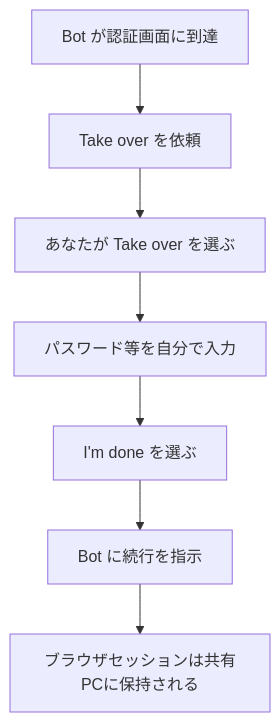
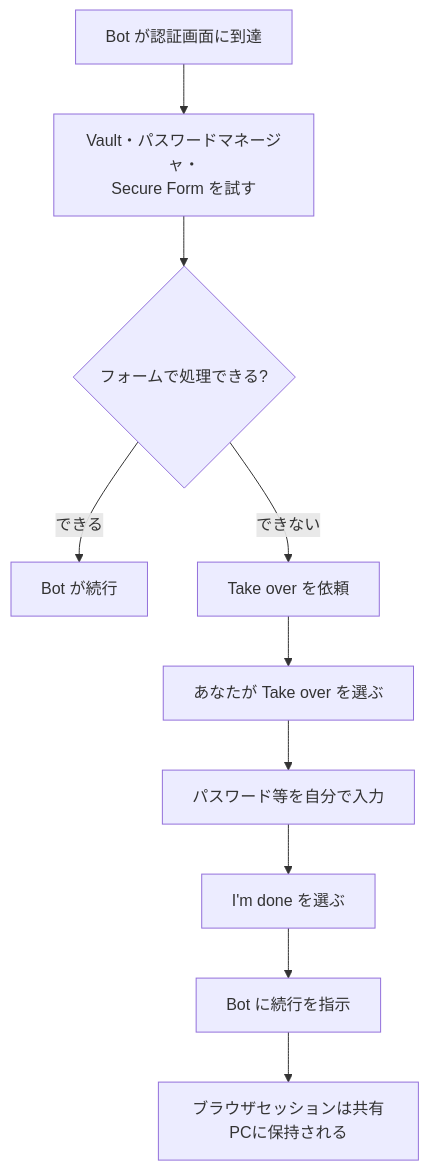
The fifth of 11 diagrams in Xai-grok-bot-guide.md (myoshi2891/Comparison-of-LLMs), drawn with Mermaid before and after one commit. The commit also changed other lines of this file, not shown here.

First line of the commit message:
docs(xai): separate plan paths, current New Bot entry, auth fallback, Enterprise-only enforcement, Bot ID wording

````diff
--- a/Xai-grok-bot-guide.md
+++ b/Xai-grok-bot-guide.md
@@ -318,9 +319,12 @@
 ```mermaid
 flowchart TD
-    A["Bot が認証画面に到達"] --> B["Take over を依頼"]
+    A["Bot が認証画面に到達"] --> V["Vault・パスワードマネージャ・<br/>Secure Form を試す"]
+    V --> Q{"フォームで処理できる?"}
+    Q -- "できる" --> OK["Bot が続行"]
+    Q -- "できない" --> B["Take over を依頼"]
     B --> C["あなたが Take over を選ぶ"]
     C --> D["パスワード等を自分で入力"]
     D --> E["I'm done を選ぶ"]
     E --> F["Bot に続行を指示"]
     F --> G["ブラウザセッションは共有PCに保持される"]
 ```
````
